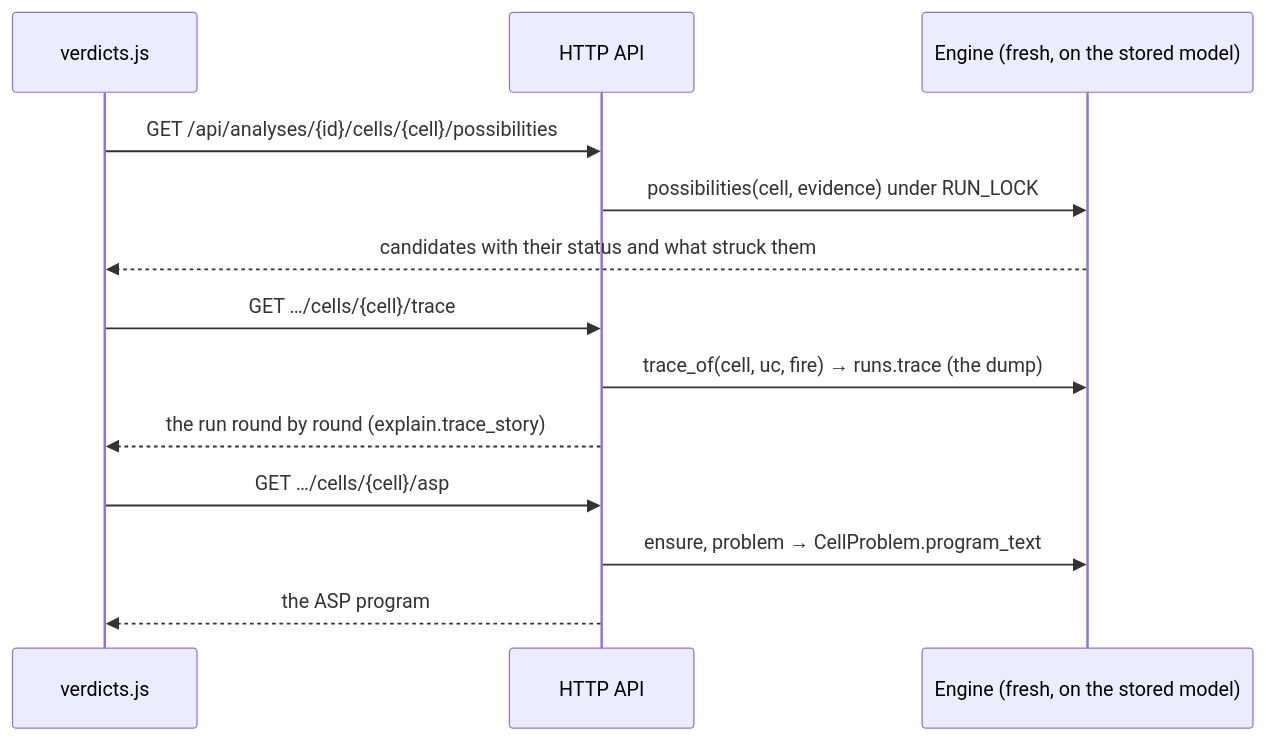
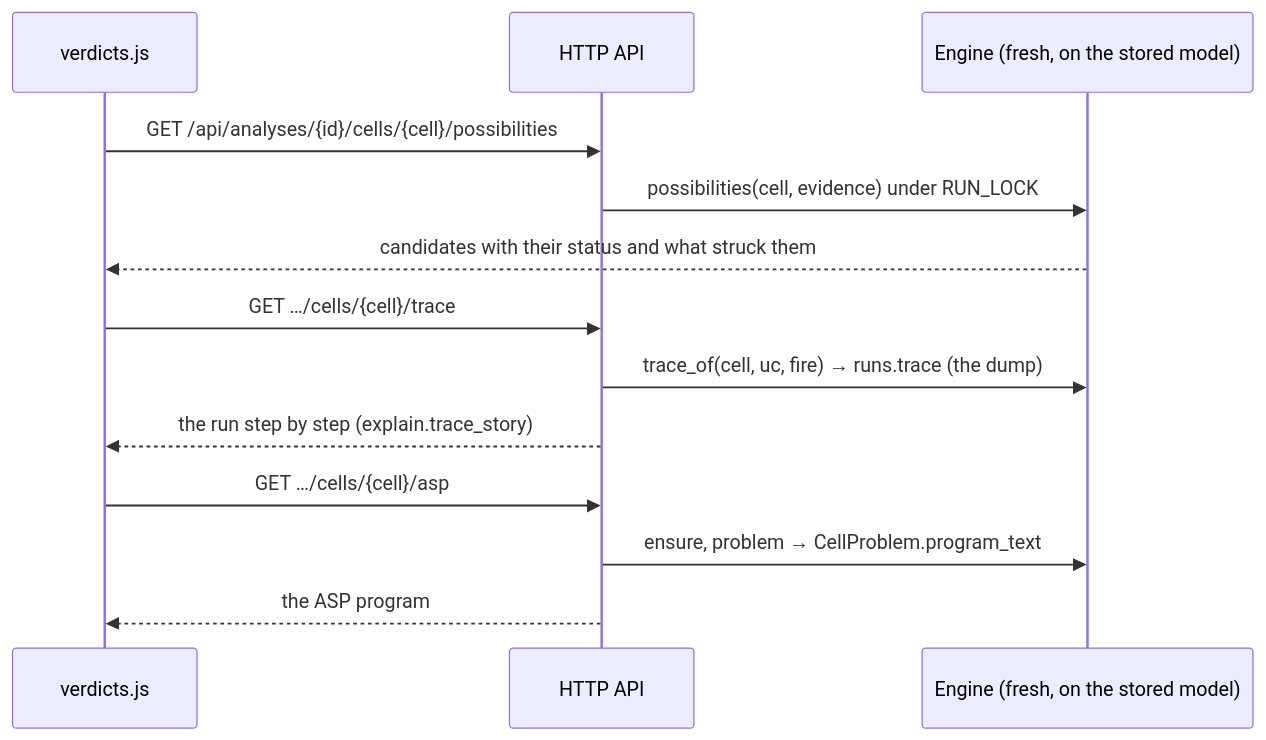
One commit to nmarci7/Bimodal-EPA changed the tenth of 11 diagrams in docs/developer-guide.md. Above: the diagram before and after it, drawn with Mermaid. The commit also changed other lines of this file and 63 other files, not shown here.

````diff
--- a/docs/developer-guide.md
+++ b/docs/developer-guide.md
@@ -321,15 +321,15 @@
 ```mermaid
 sequenceDiagram
   participant VV as verdicts.js
   participant API as HTTP API
   participant E as Engine (fresh, on the stored model)
   VV->>API: GET /api/analyses/{id}/cells/{cell}/possibilities
   API->>E: possibilities(cell, evidence) under RUN_LOCK
   E-->>VV: candidates with their status and what struck them
   VV->>API: GET …/cells/{cell}/trace
   API->>E: trace_of(cell, uc, fire) → runs.trace (the dump)
-  API-->>VV: the run round by round (explain.trace_story)
+  API-->>VV: the run step by step (explain.trace_story)
   VV->>API: GET …/cells/{cell}/asp
   API->>E: ensure, problem → CellProblem.program_text
   API-->>VV: the ASP program
 ```
````
